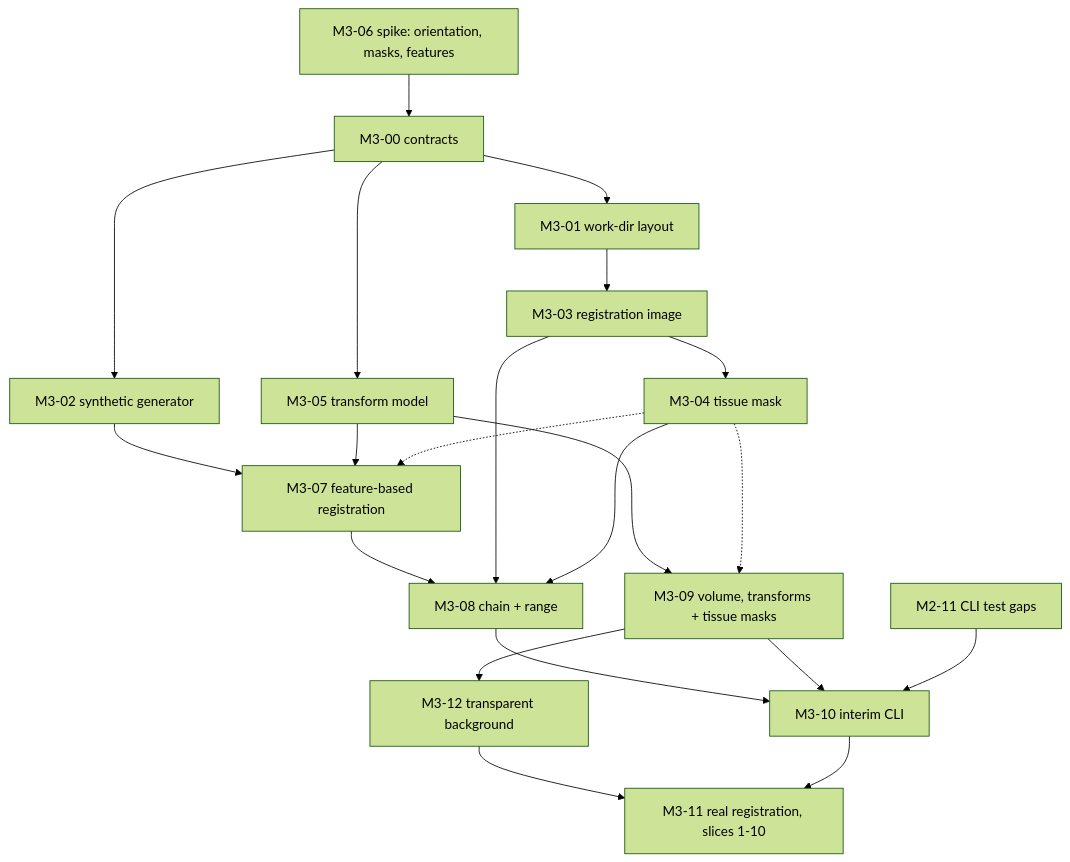
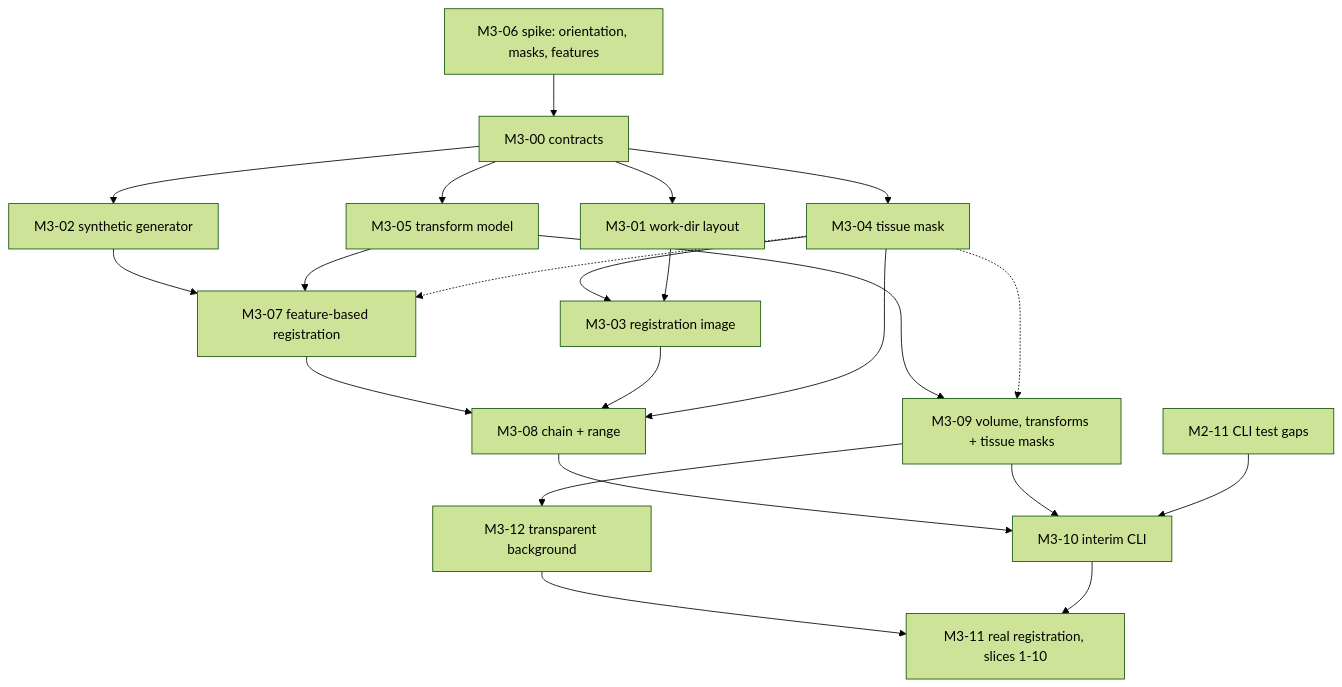
Before and after one commit to Mohammad-Aminazadeh/brain-3d-reconstruction: the diagram in tasks/IMPLEMENTATION_PLAN.md, drawn with Mermaid (forest theme). The commit also changed other lines of this file and 4 other files, not shown here.

````diff
--- a/tasks/IMPLEMENTATION_PLAN.md
+++ b/tasks/IMPLEMENTATION_PLAN.md
@@ -39,22 +39,23 @@
 ```mermaid
 flowchart TD
     SP[M3-06 spike: orientation, masks, features] --> C0[M3-00 contracts]
     C0 --> M305[M3-05 transform model]
     C0 --> M301[M3-01 work-dir layout]
     C0 --> M302[M3-02 synthetic generator]
-    M301 --> M303[M3-03 registration image] --> M304[M3-04 tissue mask]
+    C0 --> M304[M3-04 tissue mask] --> M303[M3-03 registration image]
+    M301 --> M303
     M302 --> M307[M3-07 feature-based registration]
     M305 --> M307
     M304 -.-> M307
     M307 --> M308[M3-08 chain + range]
     M303 --> M308
     M304 --> M308
     M305 --> M309[M3-09 volume, transforms + tissue masks]
     M304 -.-> M309
     M308 --> M310[M3-10 interim CLI]
     M309 --> M310
     M211[M2-11 CLI test gaps] --> M310
     M309 --> M312[M3-12 transparent background]
     M312 --> M311
     M310 --> M311[M3-11 real registration, slices 1-10]
 ```
````
